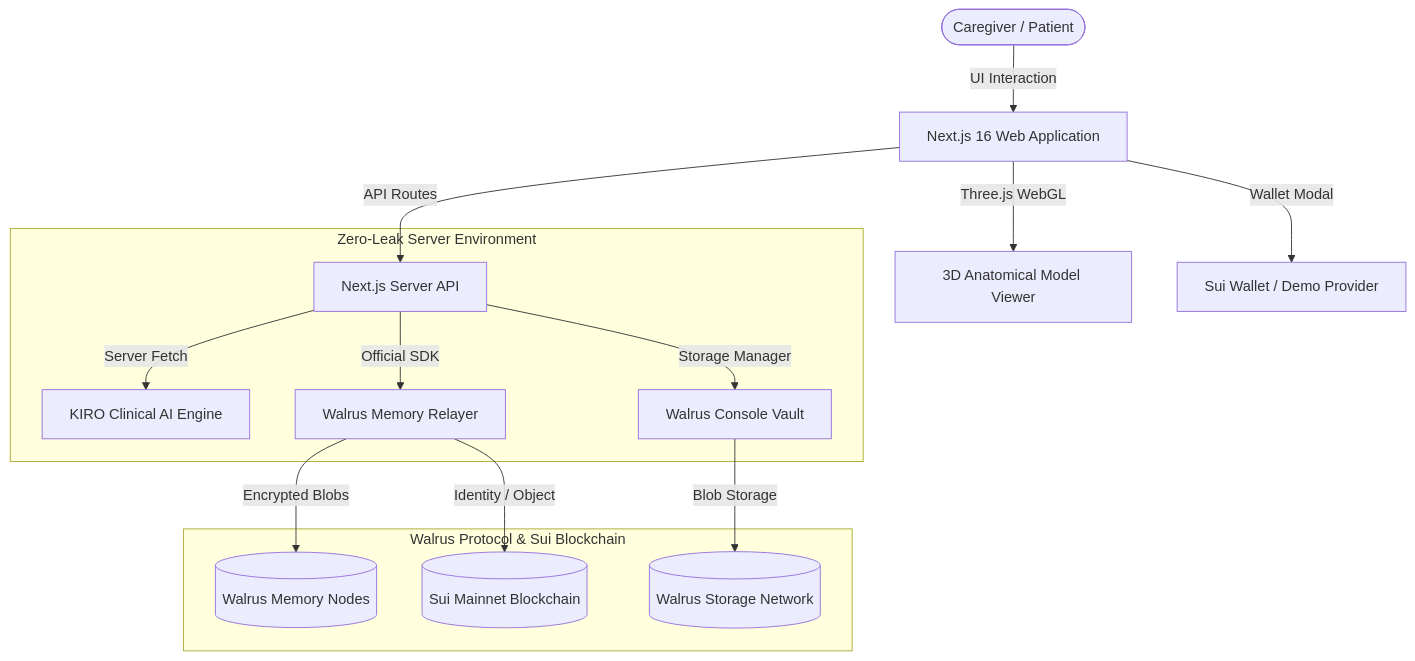
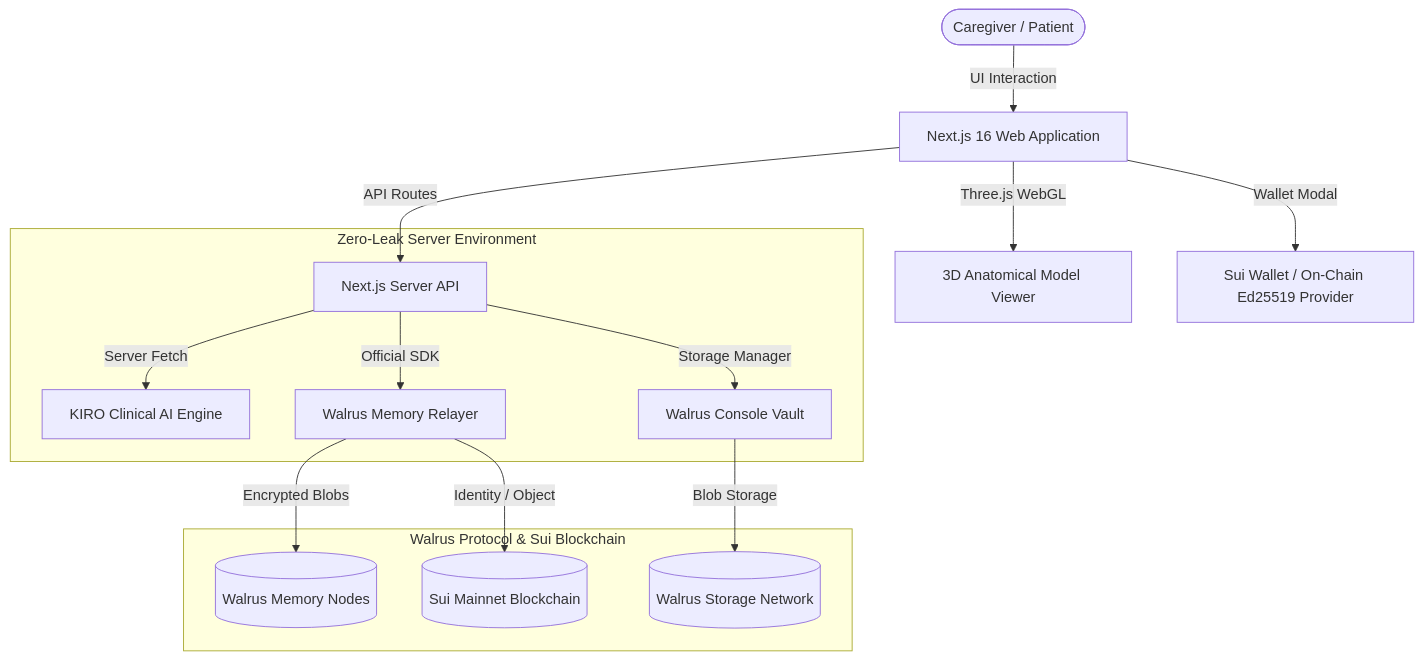
Before and after one commit to sandman-sh/WalCare: the diagram in README.md, drawn with Mermaid. The commit also changed other lines of this file, not shown here.

````diff
--- a/README.md
+++ b/README.md
@@ -87,19 +88,19 @@
 ```mermaid
 graph TD
     User([Caregiver / Patient]) -->|UI Interaction| Frontend[Next.js 16 Web Application]
     Frontend -->|Three.js WebGL| Canvas3D[3D Anatomical Model Viewer]
-    Frontend -->|Wallet Modal| SuiWallet[Sui Wallet / Demo Provider]
+    Frontend -->|Wallet Modal| SuiWallet[Sui Wallet / On-Chain Ed25519 Provider]
     Frontend -->|API Routes| Backend[Next.js Server API]
     
     subgraph Server_Side [Zero-Leak Server Environment]
         Backend -->|Server Fetch| KIRO[KIRO Clinical AI Engine]
         Backend -->|Official SDK| MemWal[Walrus Memory Relayer]
         Backend -->|Storage Manager| ConsoleVault[Walrus Console Vault]
     end
     
     subgraph Decentralized_Networks [Walrus Protocol & Sui Blockchain]
         MemWal -->|Encrypted Blobs| WalrusMemoryNode[(Walrus Memory Nodes)]
         MemWal -->|Identity / Object| SuiChain[(Sui Mainnet Blockchain)]
         ConsoleVault -->|Blob Storage| WalrusStorage[(Walrus Storage Network)]
     end
 ```
````
